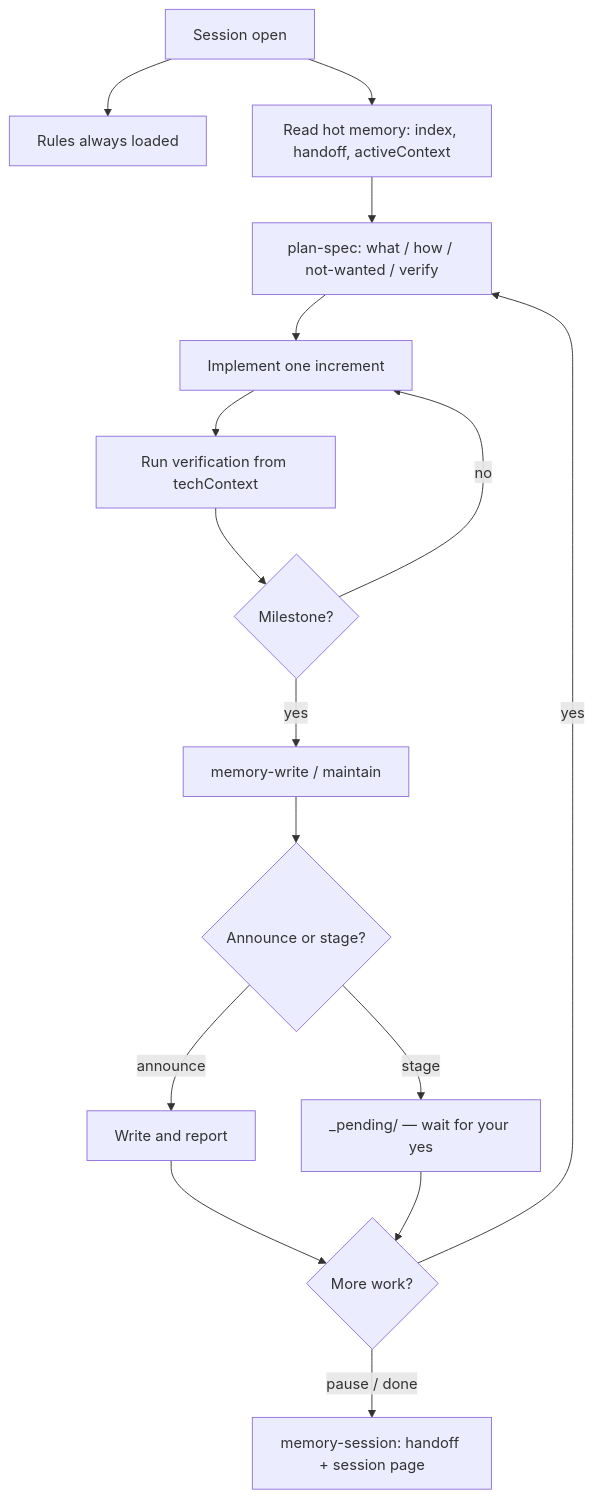
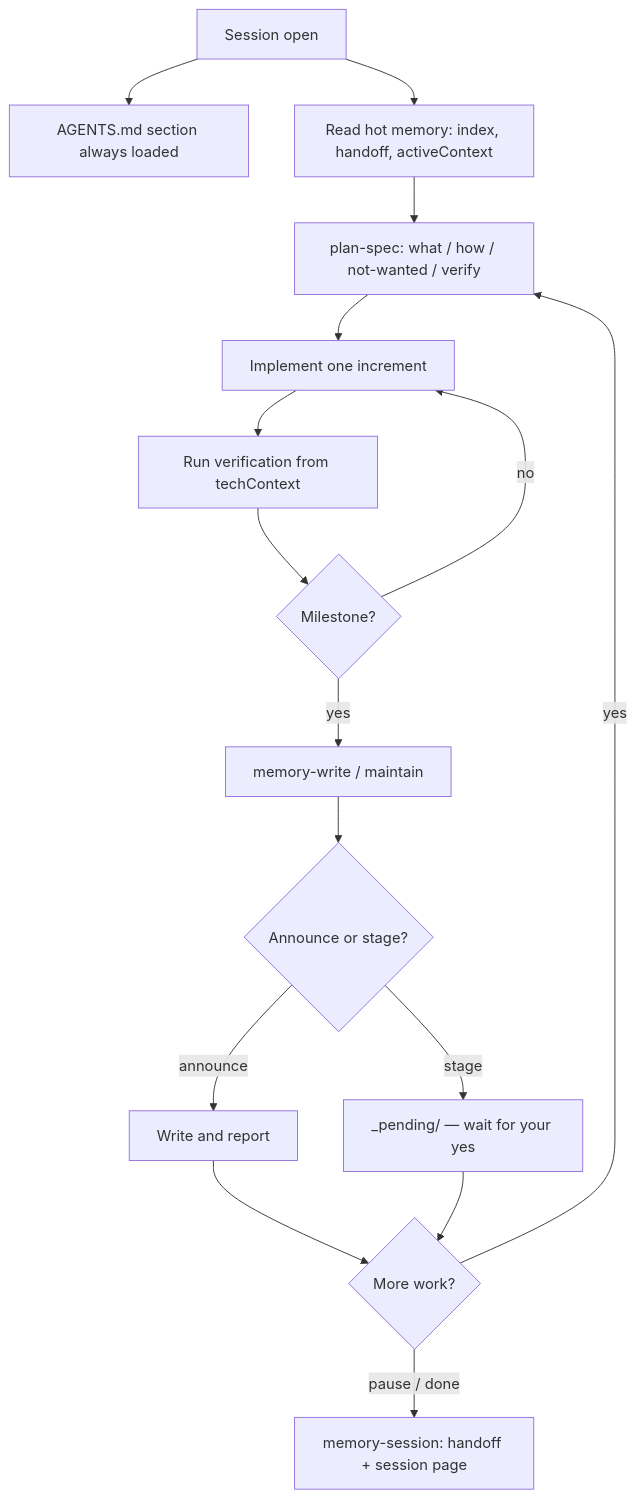
One commit to Leonardo1695/xac changed the second of 3 diagrams in README.md. Above: the diagram before and after it, drawn with Mermaid. The commit also changed other lines of this file and 76 other files, not shown here.

````diff
--- a/README.md
+++ b/README.md
@@ -141,18 +128,18 @@
 ```mermaid
 flowchart TD
-  S[Session open] --> R[Rules always loaded]
+  S[Session open] --> R[AGENTS.md section always loaded]
   S --> H[Read hot memory: index, handoff, activeContext]
   H --> P[plan-spec: what / how / not-wanted / verify]
   P --> W[Implement one increment]
   W --> V[Run verification from techContext]
   V --> M{Milestone?}
   M -->|yes| MW[memory-write / maintain]
   M -->|no| W
   MW --> A{Announce or stage?}
   A -->|announce| B[Write and report]
   A -->|stage| C[_pending/ — wait for your yes]
   B --> D{More work?}
   C --> D
   D -->|yes| P
   D -->|pause / done| MS[memory-session: handoff + session page]
 ```
````
